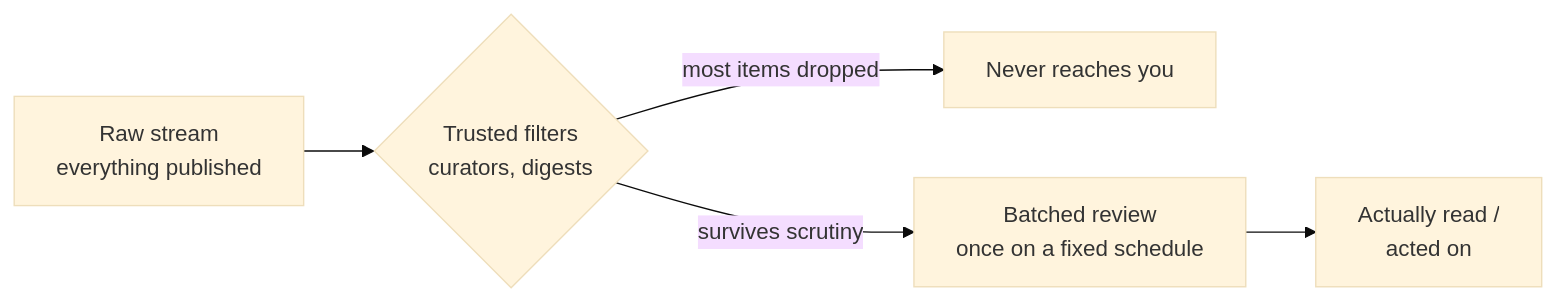
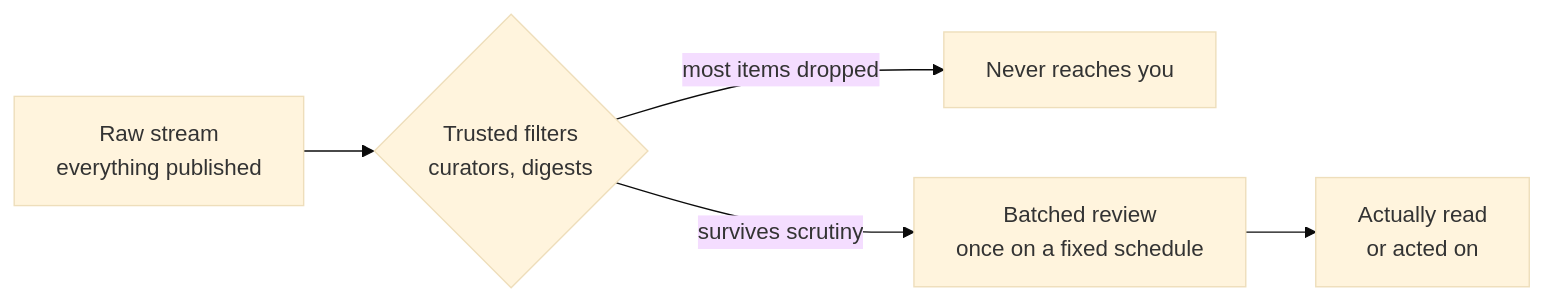
The second of 2 diagrams in src/content/learning-craft/curation/L2-concept.mdx (francoandreDev/knowledge), drawn with Mermaid (base theme) before and after one commit. The commit also changed other lines of this file and 3 other files, not shown here.

````diff
--- a/src/content/learning-craft/curation/L2-concept.mdx
+++ b/src/content/learning-craft/curation/L2-concept.mdx
@@ -45,7 +63,7 @@
 ```mermaid
 flowchart LR
-    A[Raw stream<br/>everything published] --> B{Trusted filters<br/>curators, digests}
-    B -- most items dropped --> X[Never reaches you]
-    B -- survives scrutiny --> C[Batched review<br/>once on a fixed schedule]
-    C --> D[Actually read /<br/>acted on]
+    A["Raw stream<br/>everything published"] --> B{"Trusted filters<br/>curators, digests"}
+    B -- "most items dropped" --> X["Never reaches you"]
+    B -- "survives scrutiny" --> C["Batched review<br/>once on a fixed schedule"]
+    C --> D["Actually read<br/>or acted on"]
 ```
````
